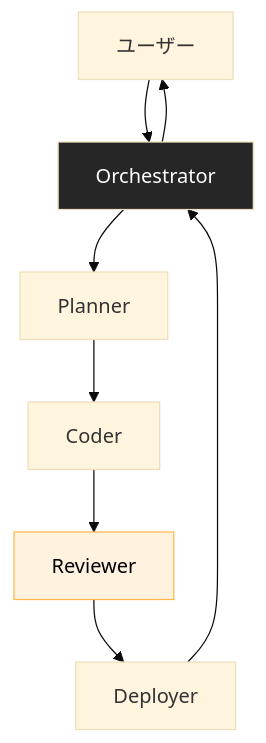
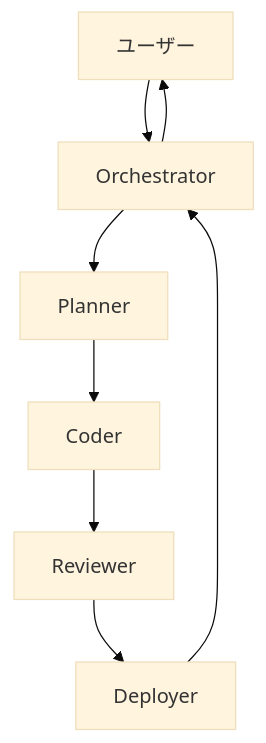
One commit to dinekt/dinekt-wiki changed the fifth of 7 diagrams in docs/concepts/llm-アプリの-5-つの典型アーキテクチャパターン.md. Above: the diagram before and after it, drawn with Mermaid (base theme). The commit also changed other lines of this file and 70 other files, not shown here.

First line of the commit message:
fix(mermaid): strip all inline styling, rely on theme

````diff
--- a/docs/concepts/llm-アプリの-5-つの典型アーキテクチャパターン.md
+++ b/docs/concepts/llm-アプリの-5-つの典型アーキテクチャパターン.md
@@ -112,13 +104,11 @@
 ```mermaid
 flowchart TD
     U[ユーザー] --> O[Orchestrator]
     O --> A1[Planner]
     A1 --> A2[Coder]
     A2 --> A3[Reviewer]
     A3 --> A4[Deployer]
     A4 --> O
     O --> U
 
-    style O fill:#262626,color:#fff
-    style A3 fill:#fff3e0,stroke:#ffb74d,color:#000
 ```
````
